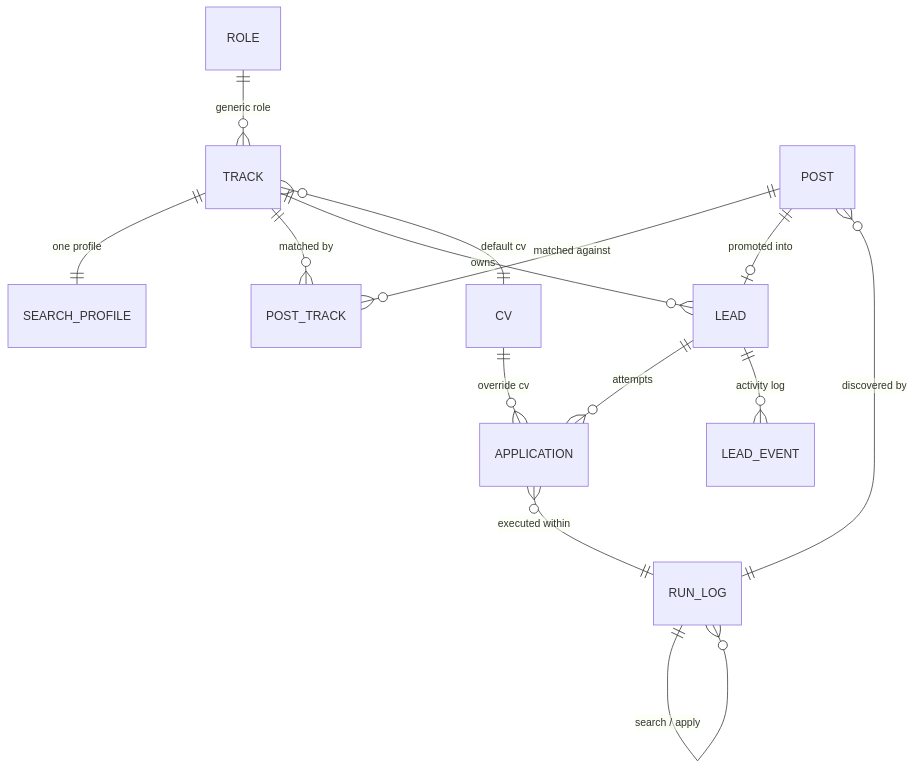
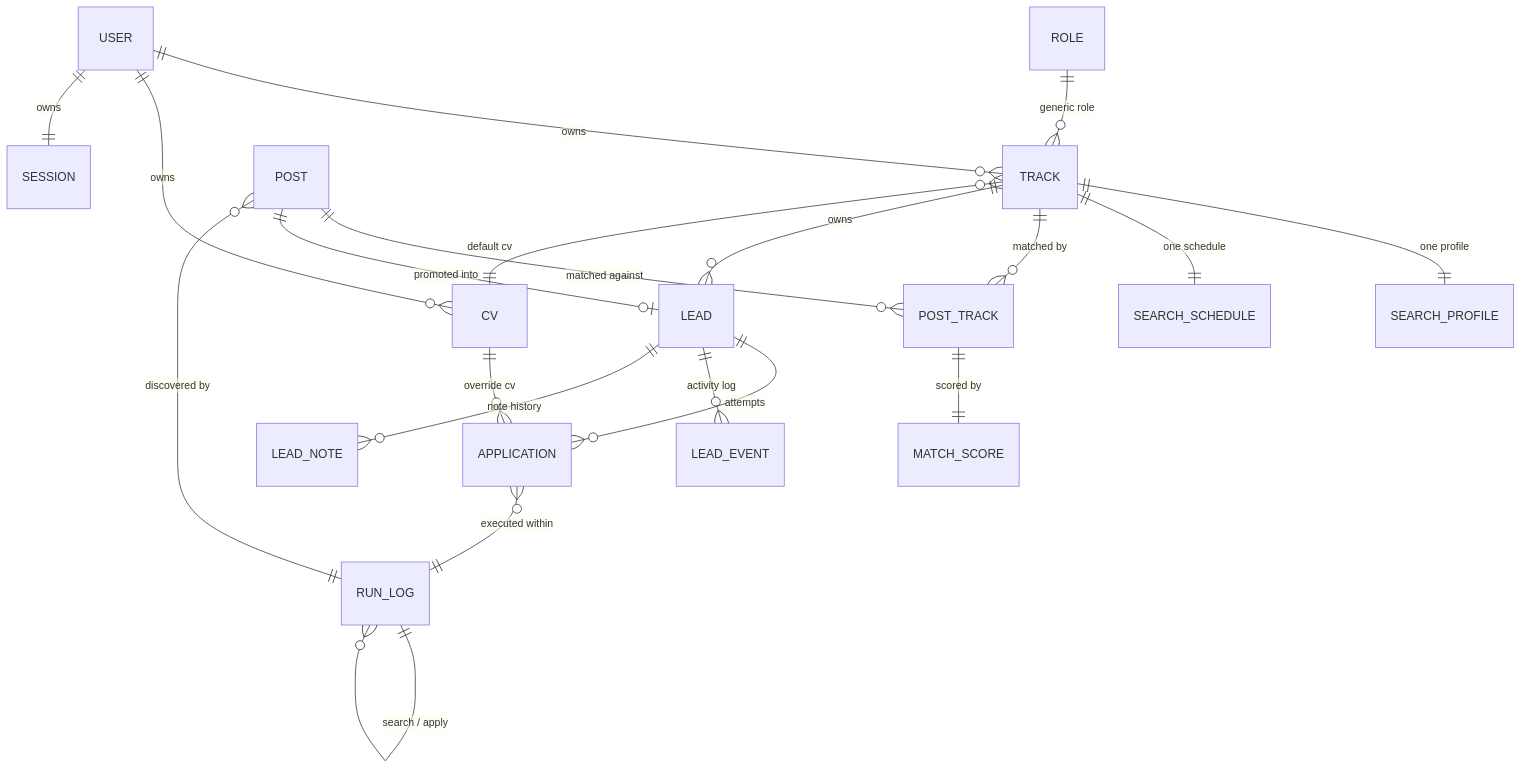
One commit to yayfalafels/easymcf changed the diagram in docs/releases/010/design/010-data-model.md. Above: the diagram before and after it, drawn with Mermaid. The commit also changed other lines of this file and 50 other files, not shown here.

````diff
--- a/docs/releases/010/design/010-data-model.md
+++ b/docs/releases/010/design/010-data-model.md
@@ -33,16 +39,22 @@
 ```mermaid
 erDiagram
+    USER ||--o{ TRACK : "owns"
+    USER ||--o{ CV : "owns"
+    USER ||--|| SESSION : "owns"
     ROLE ||--o{ TRACK : "generic role"
     TRACK ||--|| SEARCH_PROFILE : "one profile"
+    TRACK ||--|| SEARCH_SCHEDULE : "one schedule"
     TRACK ||--o{ POST_TRACK : "matched by"
     TRACK ||--o{ LEAD : "owns"
     TRACK }o--|| CV : "default cv"
     CV ||--o{ APPLICATION : "override cv"
     POST ||--o{ POST_TRACK : "matched against"
     POST ||--o| LEAD : "promoted into"
     POST }o--|| RUN_LOG : "discovered by"
+    POST_TRACK ||--|| MATCH_SCORE : "scored by"
     LEAD ||--o{ APPLICATION : "attempts"
     LEAD ||--o{ LEAD_EVENT : "activity log"
+    LEAD ||--o{ LEAD_NOTE : "note history"
     APPLICATION }o--|| RUN_LOG : "executed within"
     RUN_LOG ||--o{ RUN_LOG : "search / apply"
 ```
````
